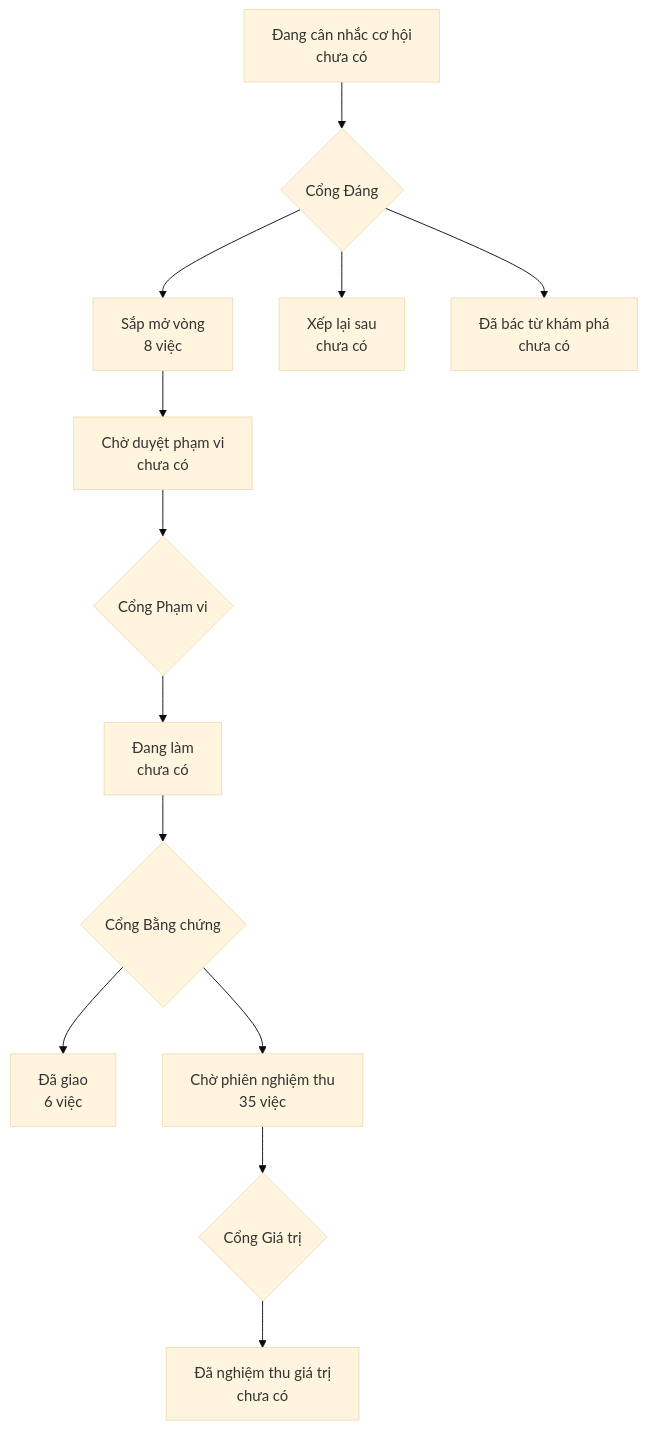
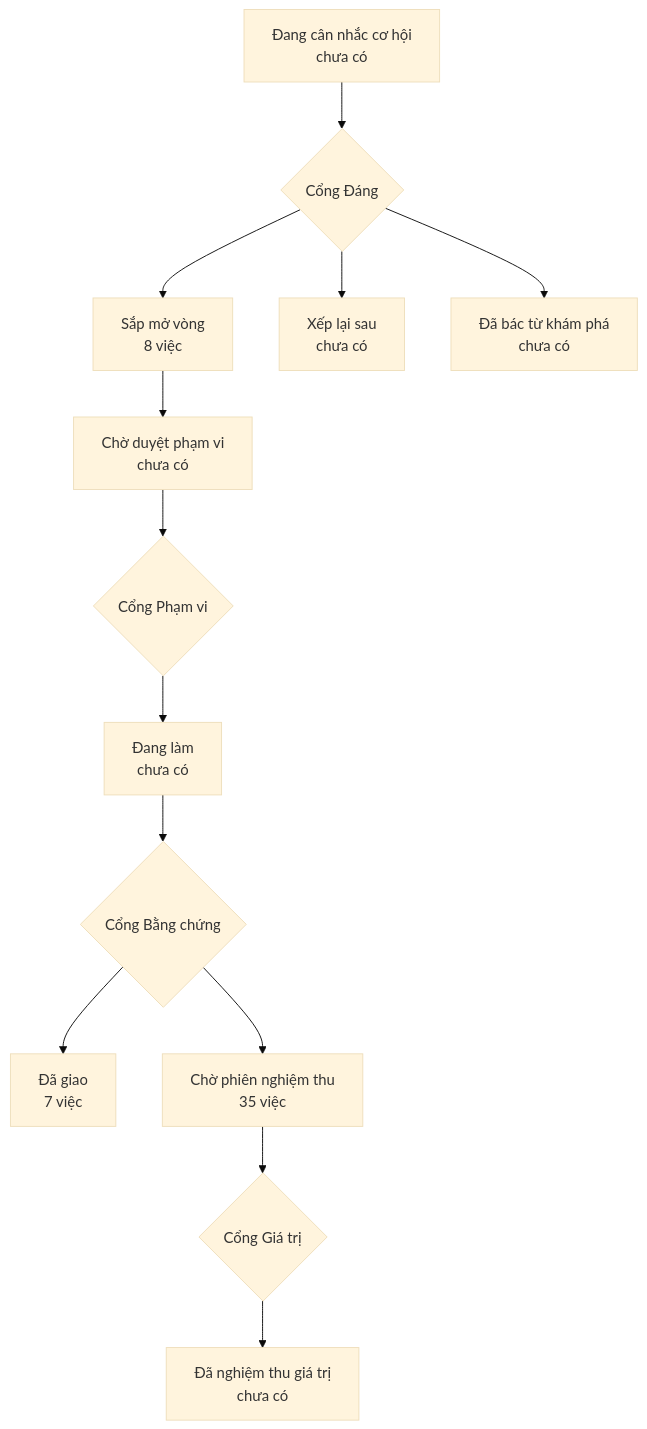
One commit to phanlemanh/onehub-quy-hang changed the diagram in PRODUCT-MAP.md. Above: the diagram before and after it, drawn with Mermaid (base theme). The commit also changed other lines of this file and 1 other file, not shown here.

Commit message:
chore: vẽ lại bản đồ sau khi gộp main

````diff
--- a/PRODUCT-MAP.md
+++ b/PRODUCT-MAP.md
@@ -7,12 +7,12 @@
 ```mermaid
 flowchart TD
   A["Đang cân nhắc cơ hội<br/>chưa có"] --> GD{"Cổng Đáng"}
   GD --> B["Sắp mở vòng<br/>8 việc"]
   GD --> XL["Xếp lại sau<br/>chưa có"]
   GD --> DB["Đã bác từ khám phá<br/>chưa có"]
   B --> CD["Chờ duyệt phạm vi<br/>chưa có"] --> GP{"Cổng Phạm vi"}
   GP --> DL["Đang làm<br/>chưa có"] --> GB{"Cổng Bằng chứng"}
-  GB --> DG["Đã giao<br/>6 việc"]
+  GB --> DG["Đã giao<br/>7 việc"]
   GB --> CN["Chờ phiên nghiệm thu<br/>35 việc"] --> GG{"Cổng Giá trị"}
   GG --> NT["Đã nghiệm thu giá trị<br/>chưa có"]
 ```
````
